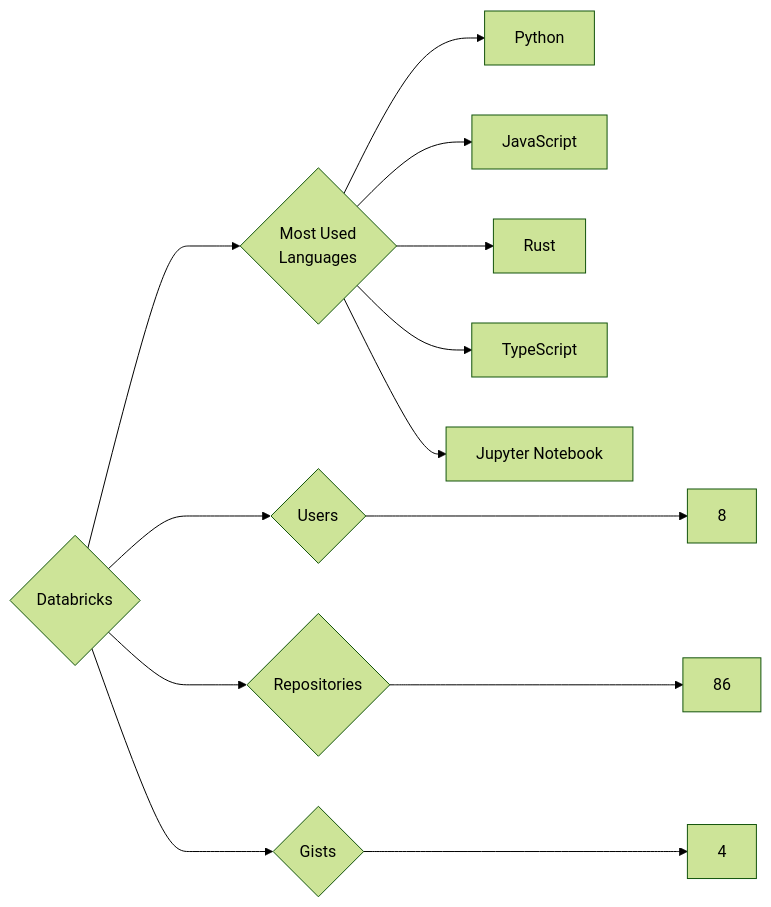
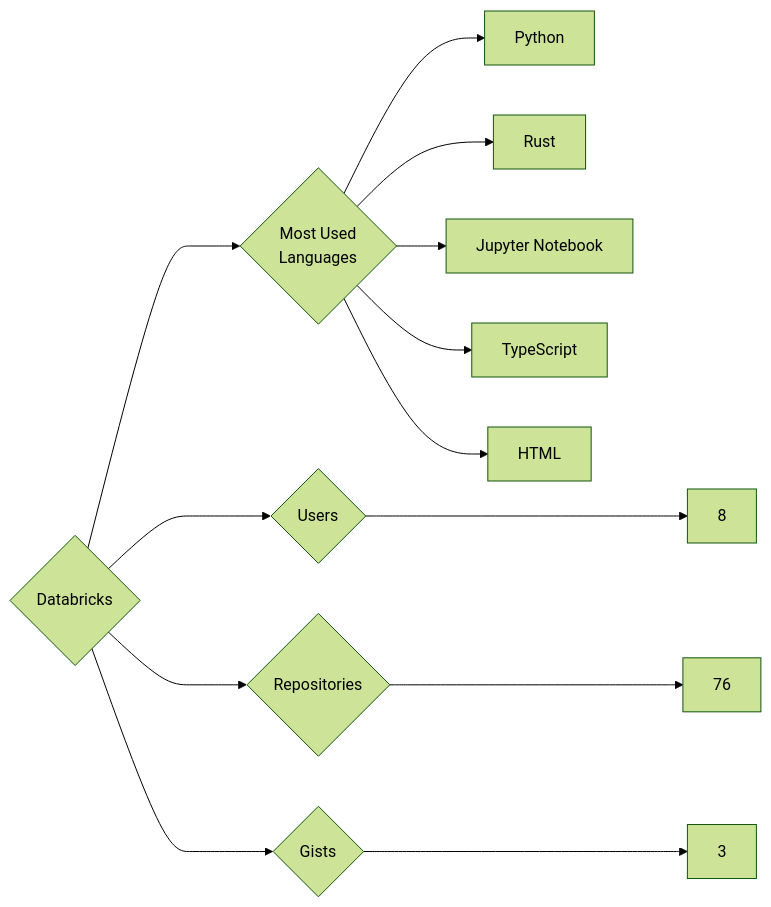
The diagram in targets/Databricks/README.md (trickest/insiders), drawn with Mermaid (forest theme) before and after one commit. The commit also changed 1089 other files, not shown here.

````diff
--- a/targets/Databricks/README.md
+++ b/targets/Databricks/README.md
@@ -3,13 +3,13 @@
 ```mermaid
 graph LR
 COMPANY_NAME{Databricks}
 COMPANY_NAME ---> U{Users} ---> UN[8]
-COMPANY_NAME ---> R{Repositories} ---> RN[86]
-COMPANY_NAME ---> G{Gists} ---> GN[4]
+COMPANY_NAME ---> R{Repositories} ---> RN[76]
+COMPANY_NAME ---> G{Gists} ---> GN[3]
 COMPANY_NAME ---> ML{Most Used<br>Languages}
 ML --> Python[Python]
-ML --> JavaScript[JavaScript]
 ML --> Rust[Rust]
+ML --> Jupyter_Notebook[Jupyter Notebook]
 ML --> TypeScript[TypeScript]
-ML --> Jupyter_Notebook[Jupyter Notebook]
+ML --> HTML[HTML]
 ```
````
